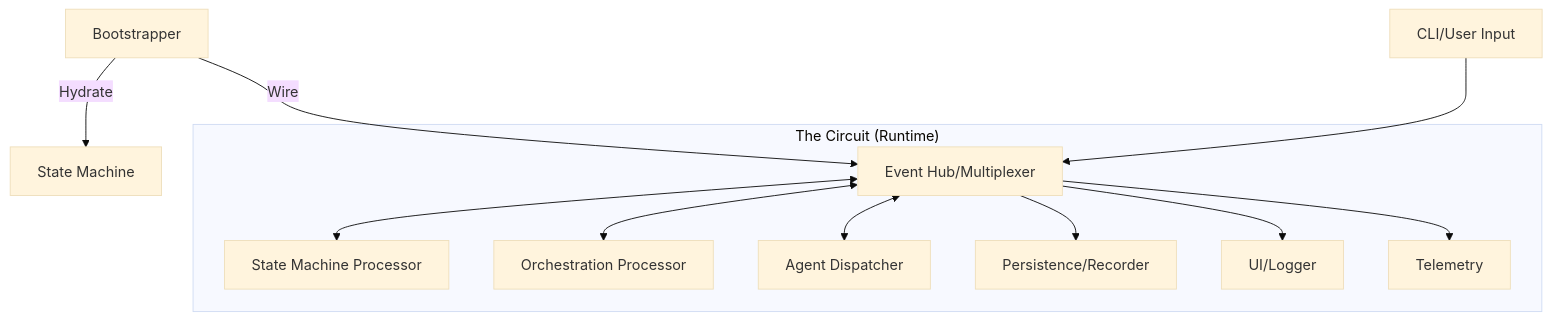
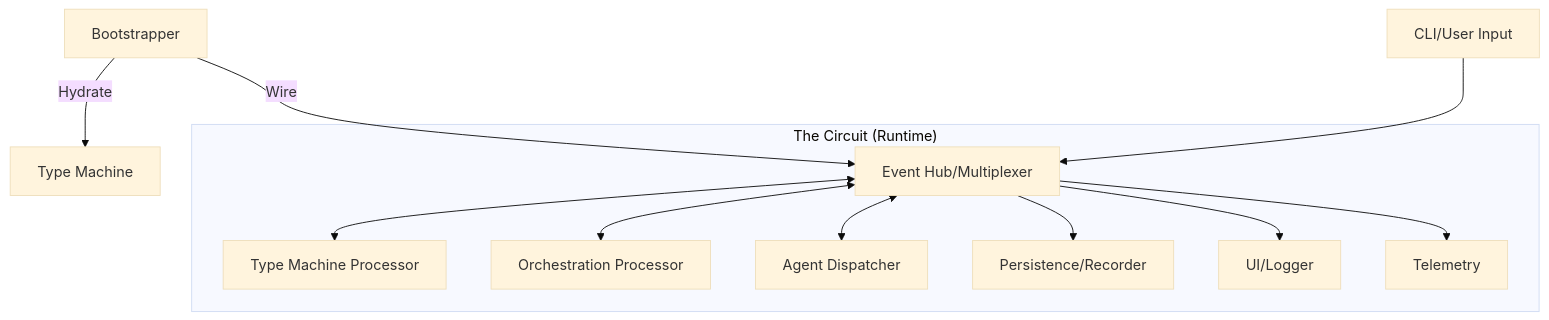
Before and after one commit to Tsomaia-Technologies/ductus: the first of 3 diagrams in rfcs/rfc-001.md, drawn with Mermaid (base theme). The commit also changed other lines of this file and 29 other files, not shown here.

````diff
--- a/rfcs/rfc-001.md
+++ b/rfcs/rfc-001.md
@@ -18,16 +18,16 @@
 ```mermaid
 graph TD
-    Boot[Bootstrapper] -->|Hydrate| SM[State Machine]
+    Boot[Bootstrapper] -->|Hydrate| SM[Type Machine]
     Boot -->|Wire| Hub[Event Hub/Multiplexer]
     
     subgraph "The Circuit (Runtime)"
-        Hub <--> SMNode[State Machine Processor]
+        Hub <--> SMNode[Type Machine Processor]
         Hub <--> OrchNode[Orchestration Processor]
         Hub <--> DispNode[Agent Dispatcher]
         Hub --> RecNode[Persistence/Recorder]
         Hub --> LogNode[UI/Logger]
         Hub --> TelNode[Telemetry]
     end
     
     Input[CLI/User Input] --> Hub
 ```
````
